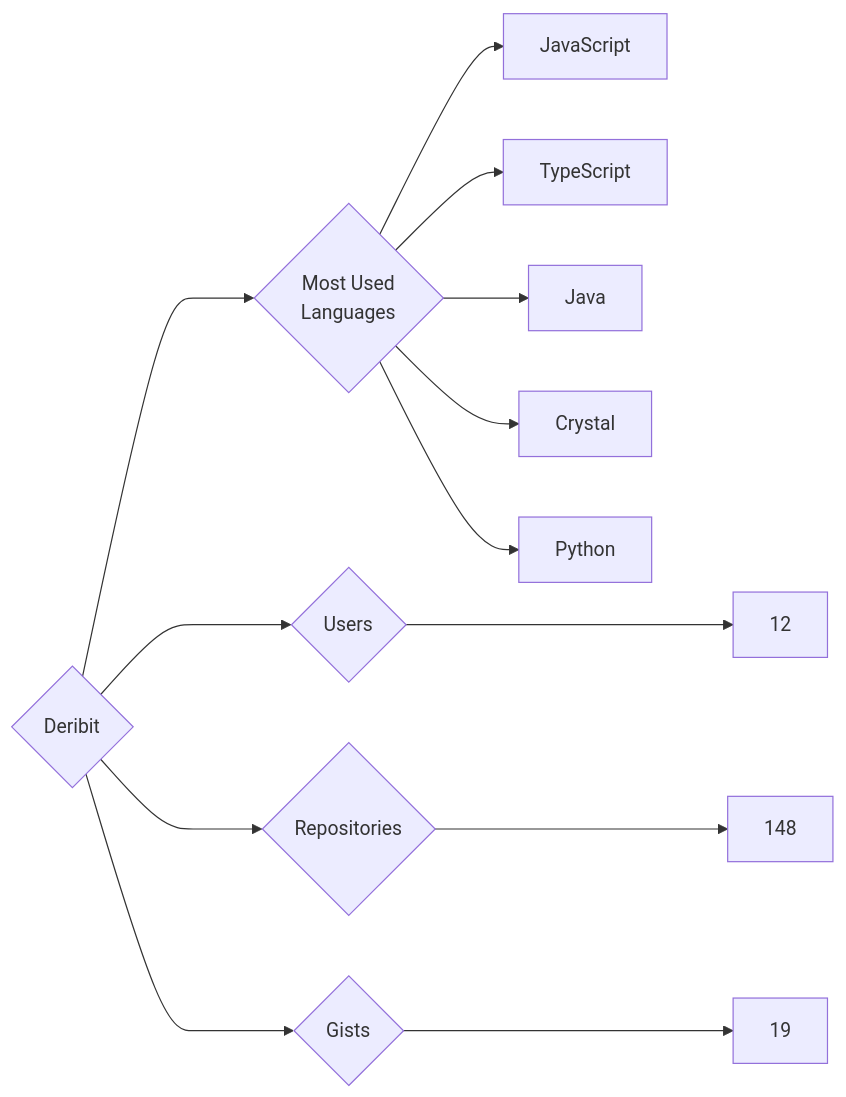
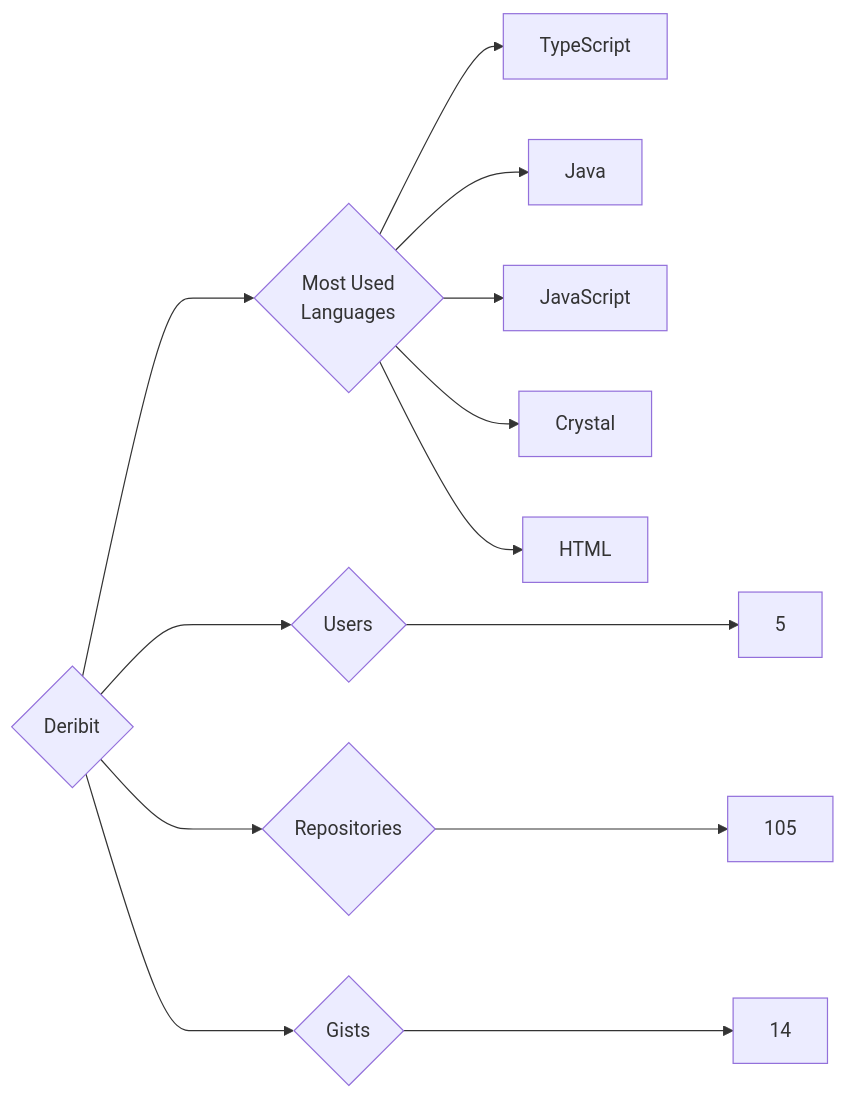
Before and after one commit to trickest/insiders: the diagram in targets/Deribit/README.md, drawn with Mermaid. The commit also changed 860 other files, not shown here.

````diff
--- a/targets/Deribit/README.md
+++ b/targets/Deribit/README.md
@@ -3,13 +3,13 @@
 ```mermaid
 graph LR
 COMPANY_NAME{Deribit}
-COMPANY_NAME ---> U{Users} ---> UN[12]
-COMPANY_NAME ---> R{Repositories} ---> RN[148]
-COMPANY_NAME ---> G{Gists} ---> GN[19]
+COMPANY_NAME ---> U{Users} ---> UN[5]
+COMPANY_NAME ---> R{Repositories} ---> RN[105]
+COMPANY_NAME ---> G{Gists} ---> GN[14]
 COMPANY_NAME ---> ML{Most Used<br>Languages}
-ML --> JavaScript[JavaScript]
 ML --> TypeScript[TypeScript]
 ML --> Java[Java]
+ML --> JavaScript[JavaScript]
 ML --> Crystal[Crystal]
-ML --> Python[Python]
+ML --> HTML[HTML]
 ```
````
